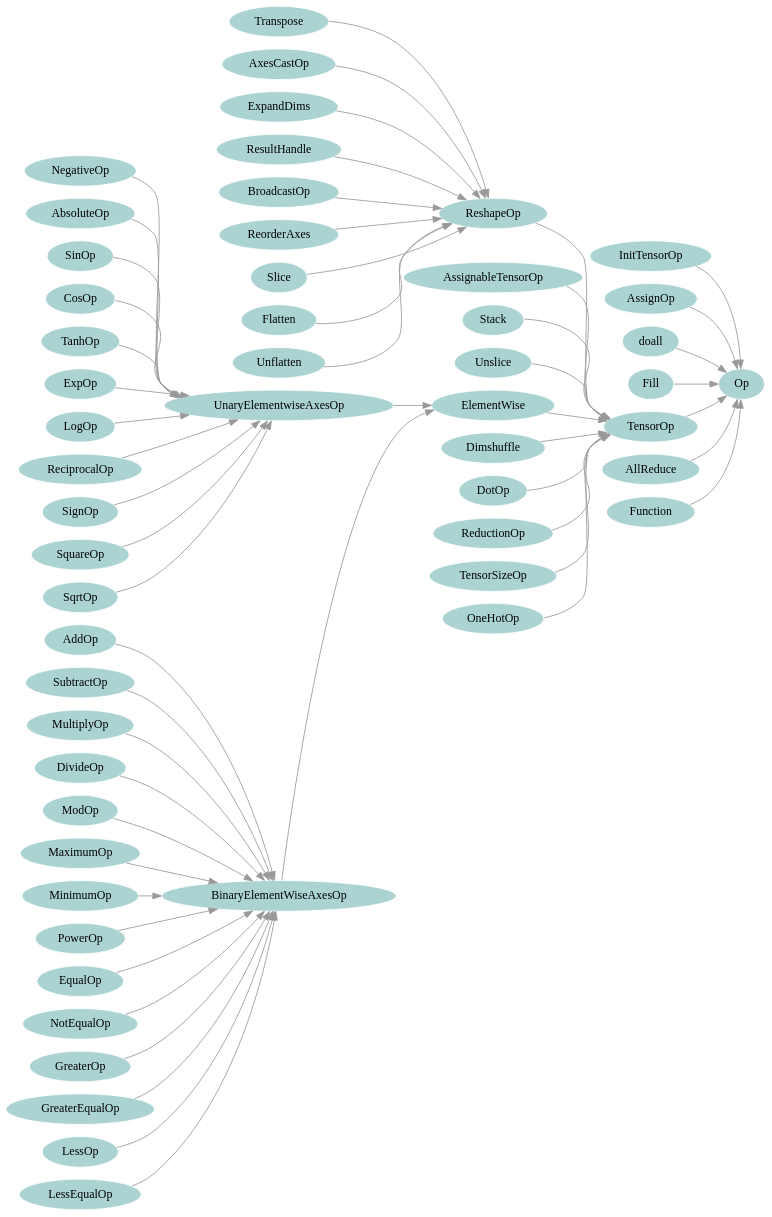
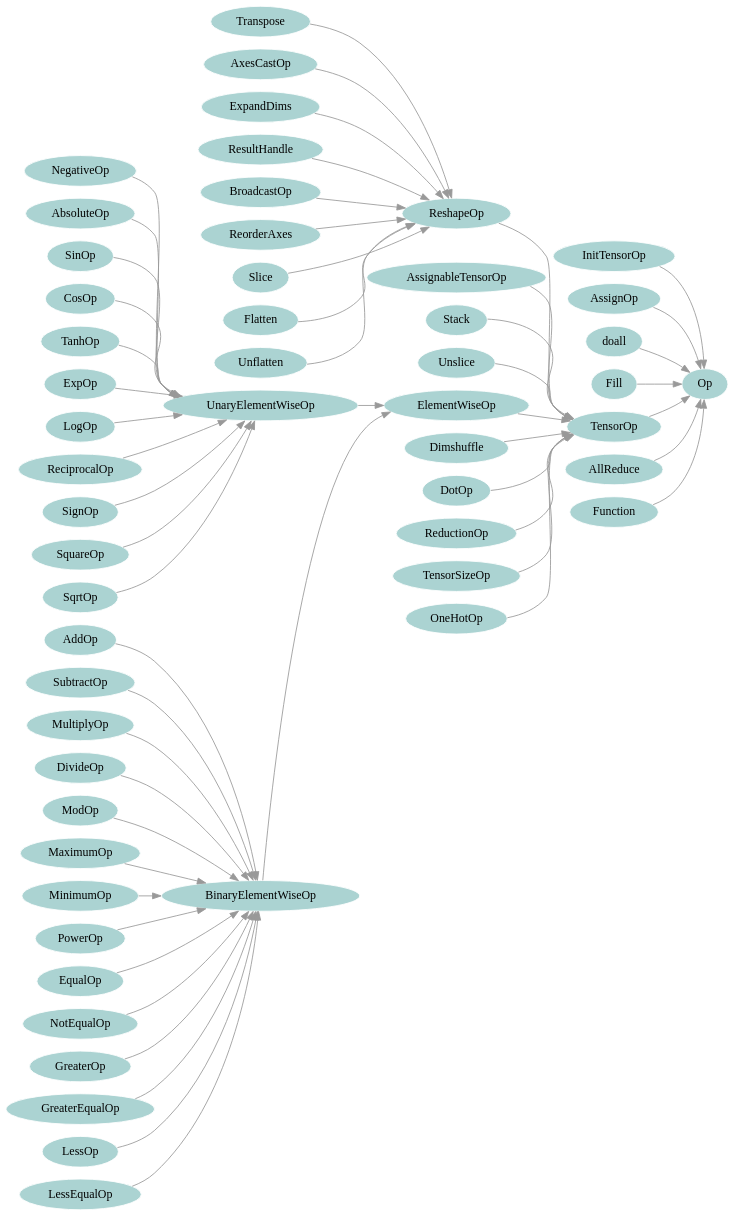
The diagram in doc/source/assets/op_hierarchy.dot (NervanaSystems/ngraph-python), drawn with Graphviz before and after one commit. The commit also changed 3 other files, not shown here.

Commit message:
sandard name for ElementWiseOp

```diff
--- a/doc/source/assets/op_hierarchy.dot
+++ b/doc/source/assets/op_hierarchy.dot
@@ -1,60 +1,60 @@
 digraph {
   graph [pad="0.0", nodesep="0.2", ranksep="0.1"];
   node [style=filled fillcolor="#abd3d2" color=white]
   edge [color="#999999"]
   rankdir=LR;
   # Op -> NameableValue, DebugInfo
   InitTensorOp -> Op
   AssignOp -> Op
   doall -> Op
   Fill -> Op
   TensorOp -> Op
   ReshapeOp -> TensorOp
   Transpose -> ReshapeOp
   AxesCastOp -> ReshapeOp
   ExpandDims -> ReshapeOp
   ResultHandle -> ReshapeOp
   BroadcastOp -> ReshapeOp
   ReorderAxes -> ReshapeOp
   Slice -> ReshapeOp
   Flatten -> ReshapeOp
   Unflatten -> ReshapeOp
   AssignableTensorOp -> TensorOp
   Stack -> TensorOp
   Unslice -> TensorOp
   AllReduce -> Op
-  ElementWise -> TensorOp
-  UnaryElementwiseAxesOp -> ElementWise
-  NegativeOp -> UnaryElementwiseAxesOp
-  AbsoluteOp -> UnaryElementwiseAxesOp
-  SinOp -> UnaryElementwiseAxesOp
-  CosOp -> UnaryElementwiseAxesOp
-  TanhOp -> UnaryElementwiseAxesOp
-  ExpOp -> UnaryElementwiseAxesOp
-  LogOp -> UnaryElementwiseAxesOp
-  ReciprocalOp -> UnaryElementwiseAxesOp
-  SignOp -> UnaryElementwiseAxesOp
-  SquareOp -> UnaryElementwiseAxesOp
-  SqrtOp -> UnaryElementwiseAxesOp
-  BinaryElementWiseAxesOp -> ElementWise
+  ElementWiseOp -> TensorOp
+  UnaryElementWiseOp -> ElementWiseOp
+  NegativeOp -> UnaryElementWiseOp
+  AbsoluteOp -> UnaryElementWiseOp
+  SinOp -> UnaryElementWiseOp
+  CosOp -> UnaryElementWiseOp
+  TanhOp -> UnaryElementWiseOp
+  ExpOp -> UnaryElementWiseOp
+  LogOp -> UnaryElementWiseOp
+  ReciprocalOp -> UnaryElementWiseOp
+  SignOp -> UnaryElementWiseOp
+  SquareOp -> UnaryElementWiseOp
+  SqrtOp -> UnaryElementWiseOp
+  BinaryElementWiseOp -> ElementWiseOp
   Dimshuffle -> TensorOp
   DotOp -> TensorOp
   ReductionOp -> TensorOp
   TensorSizeOp -> TensorOp
   OneHotOp -> TensorOp
   Function -> Op
-  AddOp -> BinaryElementWiseAxesOp
-  SubtractOp -> BinaryElementWiseAxesOp
-  MultiplyOp -> BinaryElementWiseAxesOp
-  DivideOp -> BinaryElementWiseAxesOp
-  ModOp -> BinaryElementWiseAxesOp
-  MaximumOp -> BinaryElementWiseAxesOp
-  MinimumOp -> BinaryElementWiseAxesOp
-  PowerOp -> BinaryElementWiseAxesOp
-  EqualOp -> BinaryElementWiseAxesOp
-  NotEqualOp -> BinaryElementWiseAxesOp
-  GreaterOp -> BinaryElementWiseAxesOp
-  GreaterEqualOp -> BinaryElementWiseAxesOp
-  LessOp -> BinaryElementWiseAxesOp
-  LessEqualOp -> BinaryElementWiseAxesOp
+  AddOp -> BinaryElementWiseOp
+  SubtractOp -> BinaryElementWiseOp
+  MultiplyOp -> BinaryElementWiseOp
+  DivideOp -> BinaryElementWiseOp
+  ModOp -> BinaryElementWiseOp
+  MaximumOp -> BinaryElementWiseOp
+  MinimumOp -> BinaryElementWiseOp
+  PowerOp -> BinaryElementWiseOp
+  EqualOp -> BinaryElementWiseOp
+  NotEqualOp -> BinaryElementWiseOp
+  GreaterOp -> BinaryElementWiseOp
+  GreaterEqualOp -> BinaryElementWiseOp
+  LessOp -> BinaryElementWiseOp
+  LessEqualOp -> BinaryElementWiseOp
 }
```
